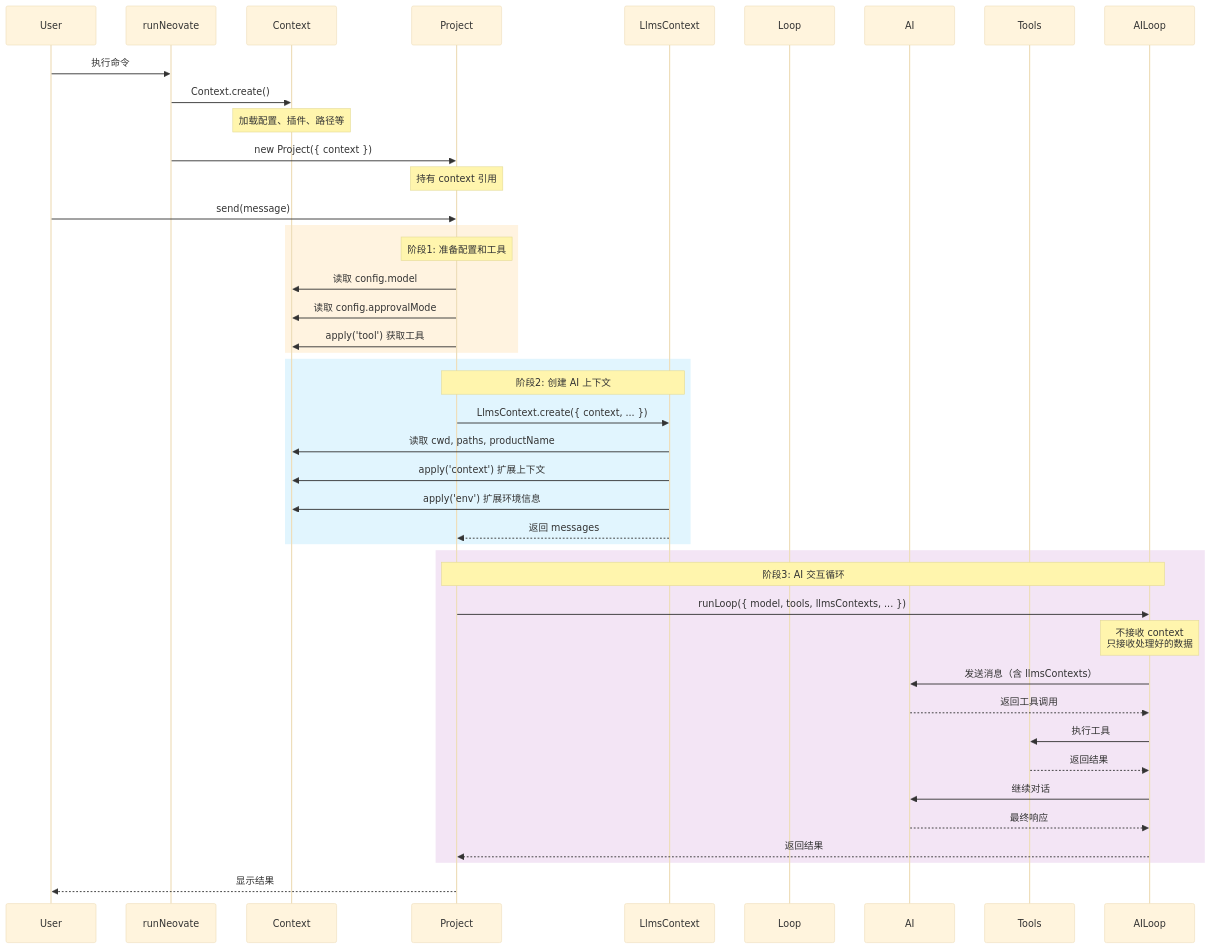
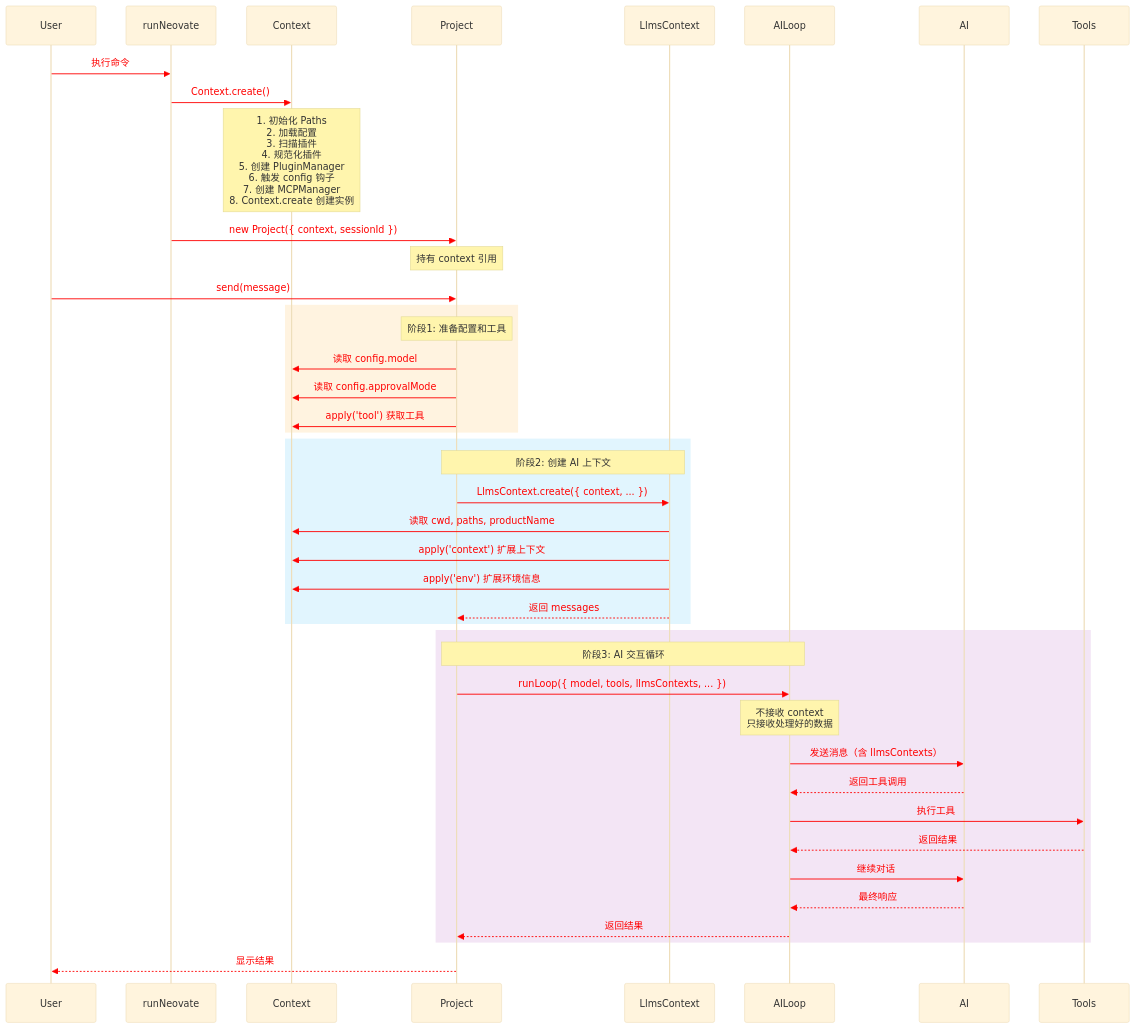
The third of 5 diagrams in docs/context-collaboration.md (cloudyan/neovate-code), drawn with Mermaid before and after one commit. The commit also changed other lines of this file and 2 other files, not shown here.

Commit message:
docs: rename Loop to AILoop in architecture diagrams and update context collaboration docs

````diff
--- a/docs/context-collaboration.md
+++ b/docs/context-collaboration.md
@@ -304,53 +343,55 @@
 ```mermaid
-%%{init: {'theme': 'base', 'themeVariables': { 'rectTextColor': '#000' }}}%%
+%%{init: {'theme': 'base', 'themeVariables': { 'rectTextColor': '#000', 'signalTextColor': '#f00', 'signalColor': '#f00' }}}%%
+
 sequenceDiagram
     participant User
     participant Entry as runNeovate
     participant Context
     participant Project
     participant LlmsContext
-    participant Loop
+    participant AILoop
     participant AI
     participant Tools
 
     User->>Entry: 执行命令
     Entry->>Context: Context.create()
-    Note over Context: 加载配置、插件、路径等
 
-    Entry->>Project: new Project({ context })
+    Note over Context: 1. 初始化 Paths<br/>2. 加载配置<br/>3. 扫描插件<br/>4. 规范化插件<br/>5. 创建 PluginManager<br/>6. 触发 config 钩子<br/>7. 创建 MCPManager<br/>8. Context.create 创建实例
+
+    Entry->>Project: new Project({ context, sessionId })
     Note over Project: 持有 context 引用
 
     User->>Project: send(message)
 
     rect rgb(255, 243, 224)
     Note over Project: 阶段1: 准备配置和工具
     Project->>Context: 读取 config.model
     Project->>Context: 读取 config.approvalMode
     Project->>Context: apply('tool') 获取工具
     end
 
     rect rgb(225, 245, 254)
     Note over Project,LlmsContext: 阶段2: 创建 AI 上下文
     Project->>LlmsContext: LlmsContext.create({ context, ... })
     LlmsContext->>Context: 读取 cwd, paths, productName
     LlmsContext->>Context: apply('context') 扩展上下文
     LlmsContext->>Context: apply('env') 扩展环境信息
     LlmsContext-->>Project: 返回 messages
     end
 
     rect rgb(243, 229, 245)
     Note over Project,AILoop: 阶段3: AI 交互循环
     Project->>AILoop: runLoop({ model, tools, llmsContexts, ... })
     Note over AILoop: 不接收 context<br/>只接收处理好的数据
 
     AILoop->>AI: 发送消息（含 llmsContexts）
     AI-->>AILoop: 返回工具调用
     AILoop->>Tools: 执行工具
     Tools-->>AILoop: 返回结果
     AILoop->>AI: 继续对话
     AI-->>AILoop: 最终响应
     AILoop-->>Project: 返回结果
     end
 
     Project-->>User: 显示结果
 ```
````
